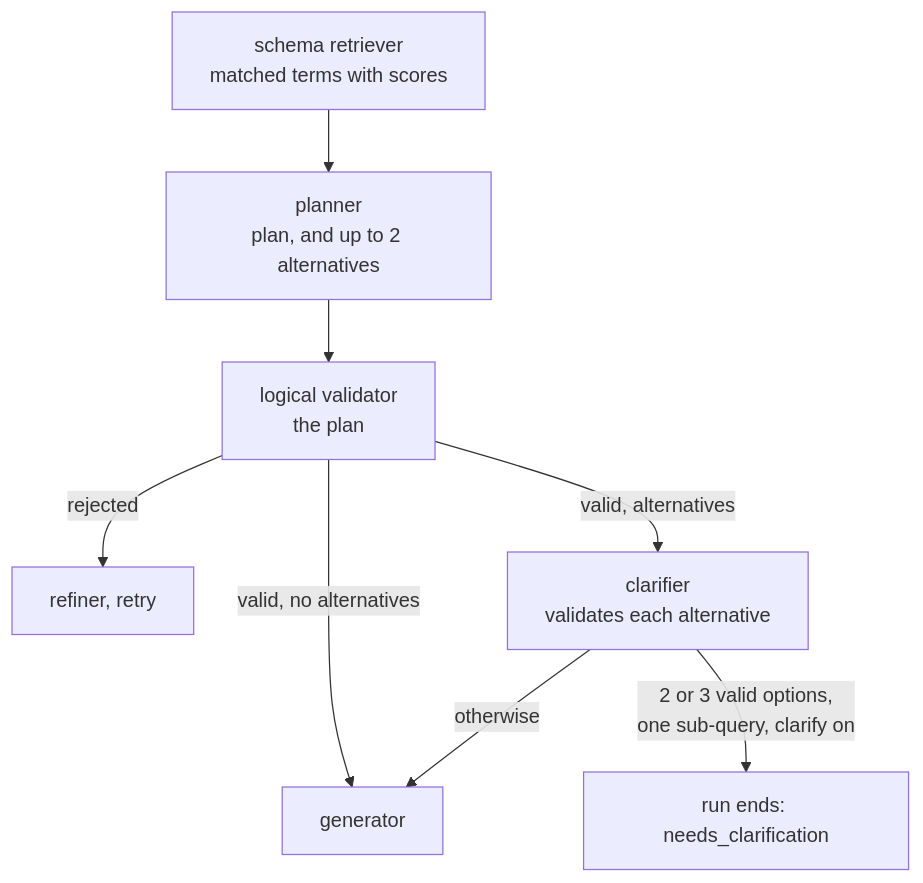
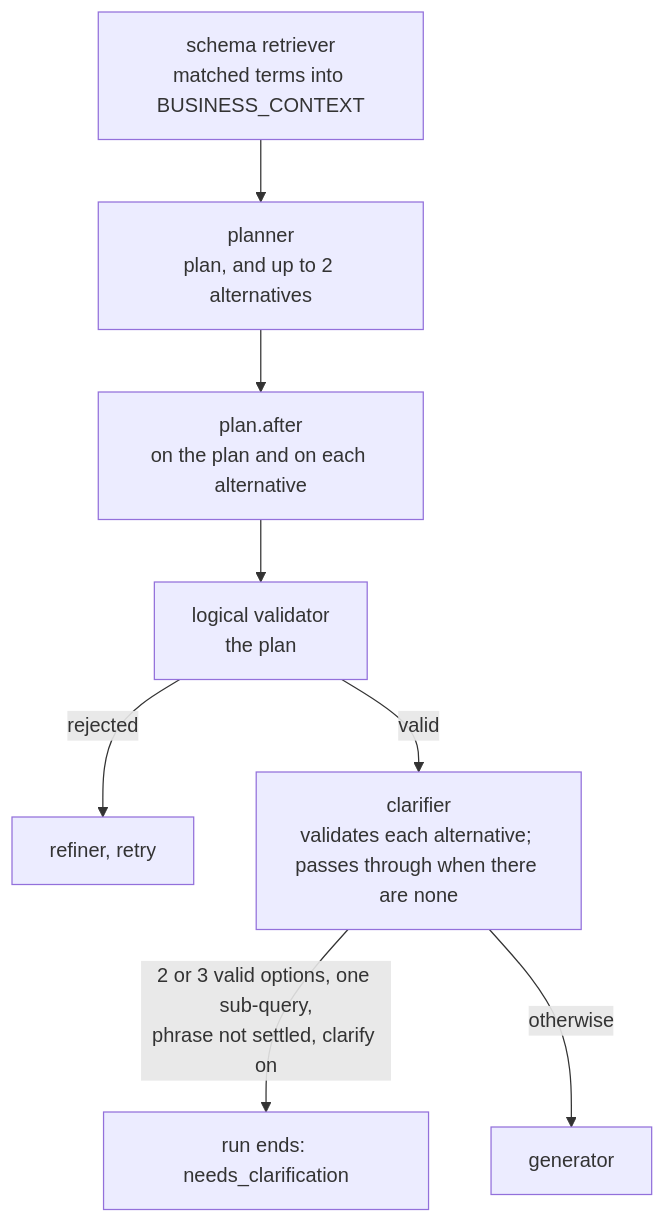
One commit to nadeem4/nl2sql changed the second of 3 diagrams in docs/architecture/wave_b.md. Above: the diagram before and after it, drawn with Mermaid. The commit also changed other lines of this file, not shown here.

First line of the commit message:
docs(architecture): Wave B design, review fixes

````diff
--- a/docs/architecture/wave_b.md
+++ b/docs/architecture/wave_b.md
@@ -709,10 +771,10 @@
 ```mermaid
 flowchart TD
-  R["schema retriever<br/>matched terms with scores"] --> P["planner<br/>plan, and up to 2 alternatives"]
-  P --> V["logical validator<br/>the plan"]
+  R["schema retriever<br/>matched terms into BUSINESS_CONTEXT"] --> P["planner<br/>plan, and up to 2 alternatives"]
+  P --> H["plan.after<br/>on the plan and on each alternative"]
+  H --> V["logical validator<br/>the plan"]
   V -->|"rejected"| RF["refiner, retry"]
-  V -->|"valid, no alternatives"| G["generator"]
-  V -->|"valid, alternatives"| C["clarifier<br/>validates each alternative"]
-  C -->|"2 or 3 valid options,<br/>one sub-query, clarify on"| E["run ends: needs_clarification"]
-  C -->|"otherwise"| G
+  V -->|"valid"| C["clarifier<br/>validates each alternative; passes through when there are none"]
+  C -->|"2 or 3 valid options, one sub-query,<br/>phrase not settled, clarify on"| E["run ends: needs_clarification"]
+  C -->|"otherwise"| G["generator"]
 ```
````
